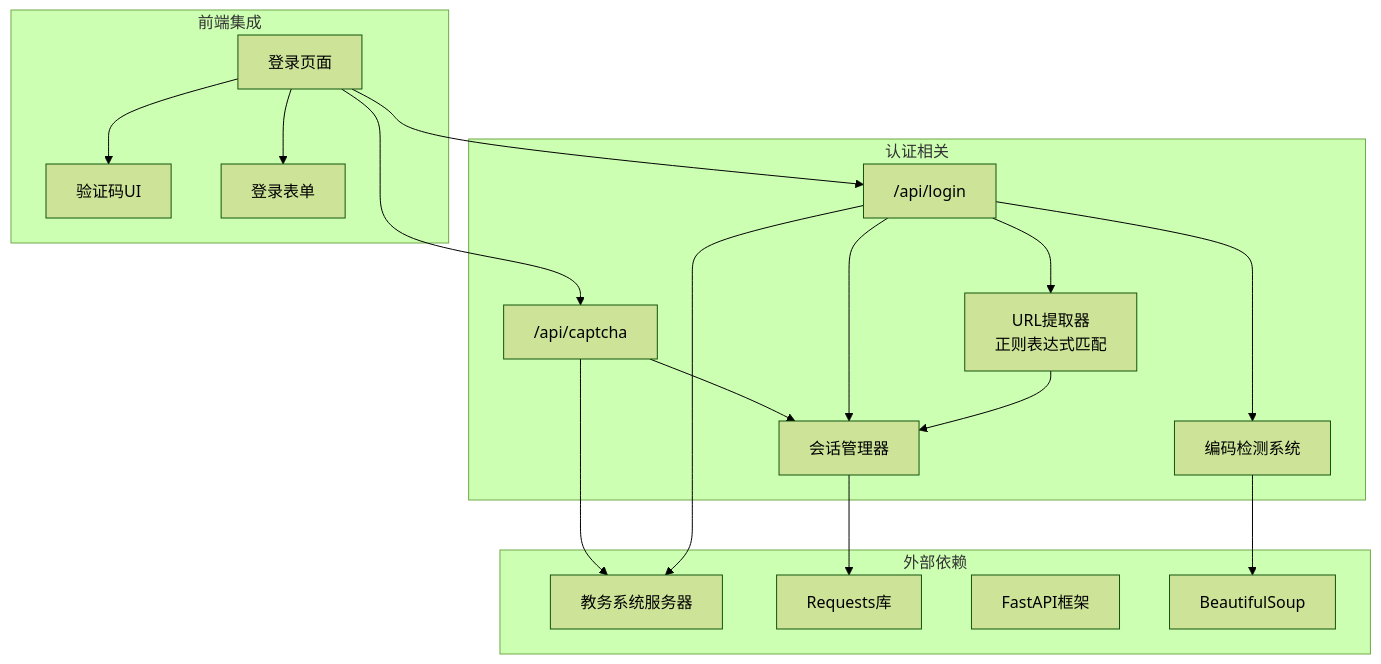
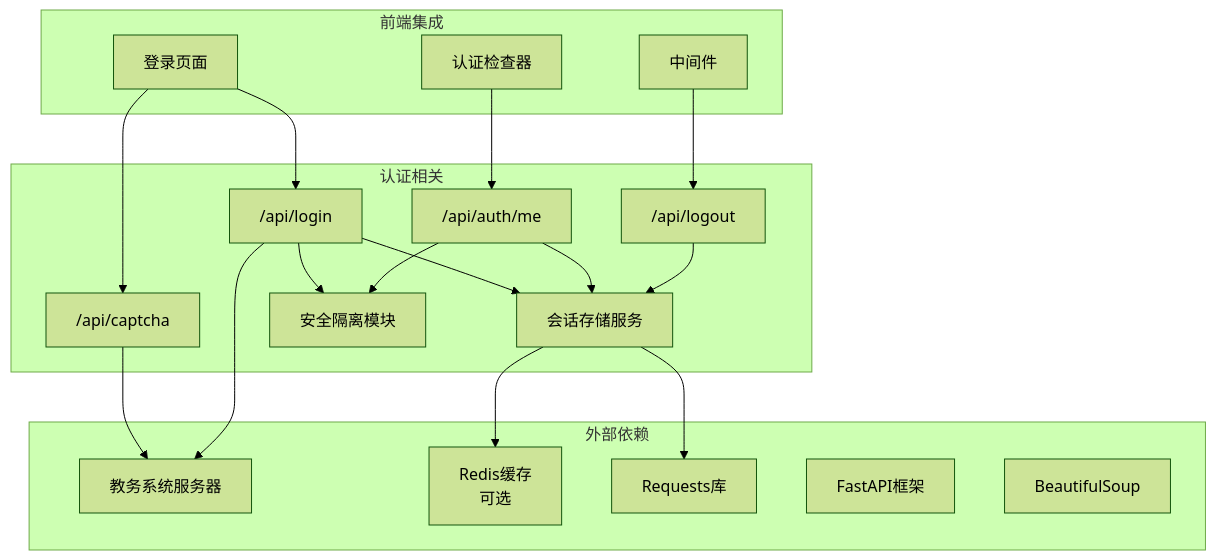
Before and after one commit to ghbbn053-ship-itsoulddog/soulddog: the ninth of 9 diagrams in .qoder/repowiki/zh/content/后端API文档/用户认证API.md, drawn with Mermaid (forest theme). The commit also changed other lines of this file and 119 other files, not shown here.

````diff
--- a/.qoder/repowiki/zh/content/后端API文档/用户认证API.md
+++ b/.qoder/repowiki/zh/content/后端API文档/用户认证API.md
@@ -376,34 +569,36 @@
 ```mermaid
 graph TB
 subgraph "认证相关"
 CaptchaAPI["/api/captcha"]
 LoginAPI["/api/login"]
-SessionMgr["会话管理器"]
-URLExtractor["URL提取器<br/>正则表达式匹配"]
-EncodingSystem["编码检测系统"]
+AuthMeAPI["/api/auth/me"]
+LogoutAPI["/api/logout"]
+SessionStore["会话存储服务"]
+Security["安全隔离模块"]
 end
 subgraph "前端集成"
 LoginPage["登录页面"]
-CaptchaUI["验证码UI"]
-LoginForm["登录表单"]
+AuthChecker["认证检查器"]
+Middleware["中间件"]
 end
 subgraph "外部依赖"
 JWXT["教务系统服务器"]
+Redis["Redis缓存<br/>可选"]
 Requests["Requests库"]
 FastAPI["FastAPI框架"]
 BeautifulSoup["BeautifulSoup"]
 end
 LoginPage --> CaptchaAPI
 LoginPage --> LoginAPI
-CaptchaAPI --> SessionMgr
-LoginAPI --> SessionMgr
-LoginAPI --> URLExtractor
-LoginAPI --> EncodingSystem
-SessionMgr --> Requests
-URLExtractor --> SessionMgr
-EncodingSystem --> BeautifulSoup
+AuthChecker --> AuthMeAPI
+Middleware --> LogoutAPI
+LoginAPI --> SessionStore
+AuthMeAPI --> SessionStore
+LogoutAPI --> SessionStore
+LoginAPI --> Security
+AuthMeAPI --> Security
+SessionStore --> Redis
+SessionStore --> Requests
 CaptchaAPI --> JWXT
 LoginAPI --> JWXT
-LoginPage --> CaptchaUI
-LoginPage --> LoginForm
 ```
````
